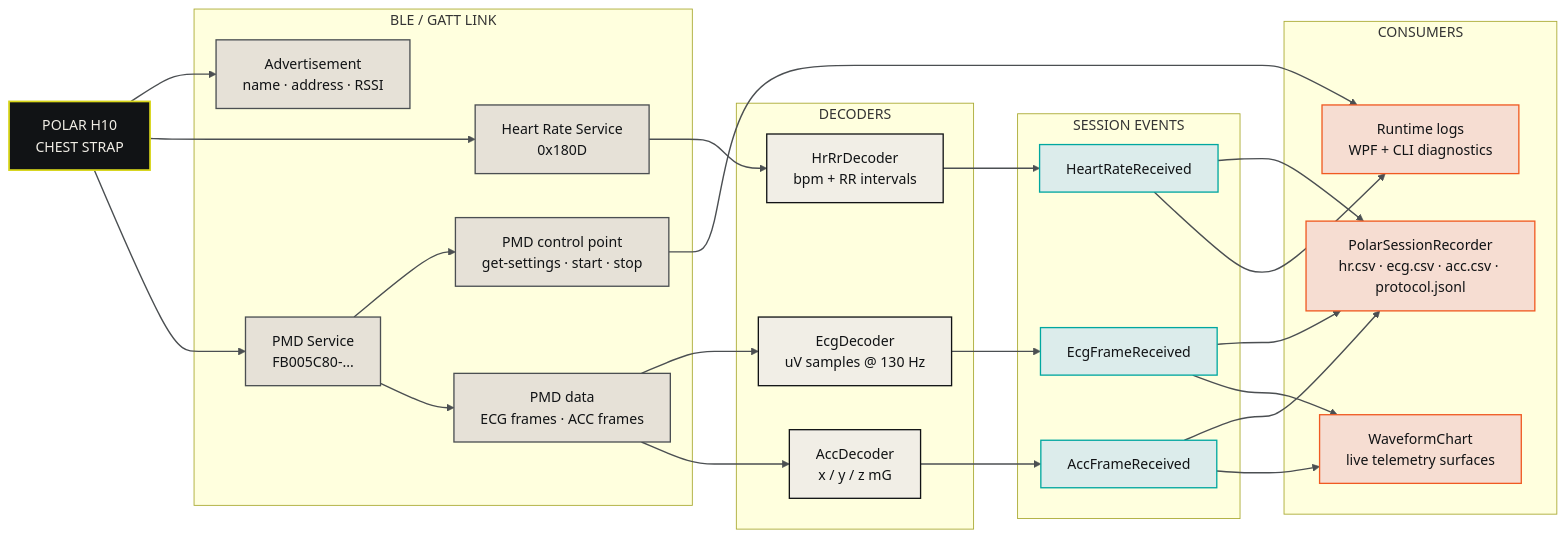
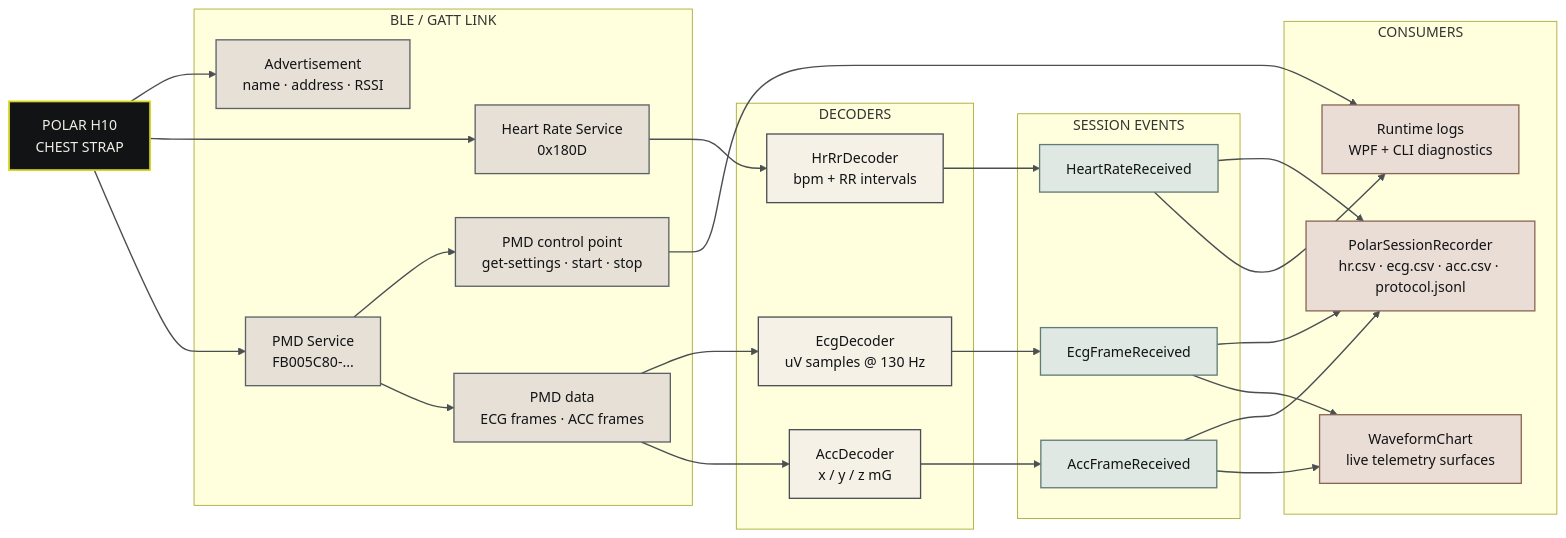
Before and after one commit to MesmerPrism/PolarH10: the third of 3 diagrams in README.md, drawn with Mermaid. The commit also changed other lines of this file and 11 other files, not shown here.

Commit message:
Soften Mermaid palette and viewer backgrounds

````diff
--- a/README.md
+++ b/README.md
@@ -172,60 +174,60 @@
 ```mermaid
 flowchart LR
     H10["POLAR H10<br/>CHEST STRAP"]
 
     subgraph Link["BLE / GATT LINK"]
         ADV["Advertisement<br/>name · address · RSSI"]
         HRS["Heart Rate Service<br/>0x180D"]
         PMD["PMD Service<br/>FB005C80-..."]
         CTRL["PMD control point<br/>get-settings · start · stop"]
         DATA["PMD data<br/>ECG frames · ACC frames"]
     end
 
     subgraph Decode["DECODERS"]
         DHR["HrRrDecoder<br/>bpm + RR intervals"]
         DECG["EcgDecoder<br/>uV samples @ 130 Hz"]
         DACC["AccDecoder<br/>x / y / z mG"]
     end
 
     subgraph Session["SESSION EVENTS"]
         SHR["HeartRateReceived"]
         SECG["EcgFrameReceived"]
         SACC["AccFrameReceived"]
     end
 
     subgraph Output["CONSUMERS"]
         REC["PolarSessionRecorder<br/>hr.csv · ecg.csv · acc.csv · protocol.jsonl"]
         CHART["WaveformChart<br/>live telemetry surfaces"]
         LOG["Runtime logs<br/>WPF + CLI diagnostics"]
     end
 
     H10 --> ADV
     H10 --> HRS
     H10 --> PMD
     PMD --> CTRL
     PMD --> DATA
 
     HRS --> DHR --> SHR
     DATA --> DECG --> SECG
     DATA --> DACC --> SACC
 
     SHR --> REC
     SECG --> REC
     SACC --> REC
     SHR --> LOG
     SECG --> CHART
     SACC --> CHART
     CTRL --> LOG
 
     classDef hardware fill:#111315,stroke:#D8D61A,color:#F1EEE6,stroke-width:2px;
-    classDef link fill:#E6E1D7,stroke:#4B4F52,color:#111315,stroke-width:1.5px;
-    classDef decode fill:#F1EEE6,stroke:#111315,color:#111315,stroke-width:1.5px;
-    classDef session fill:#DCECEB,stroke:#00A7A0,color:#111315,stroke-width:1.5px;
-    classDef output fill:#F6DDD2,stroke:#F05A22,color:#111315,stroke-width:1.5px;
+    classDef link fill:#E7E0D6,stroke:#5B6266,color:#111315,stroke-width:1.5px;
+    classDef decode fill:#F6F1E7,stroke:#4B4F52,color:#111315,stroke-width:1.5px;
+    classDef session fill:#E0E8E4,stroke:#607C78,color:#111315,stroke-width:1.5px;
+    classDef output fill:#EADDD5,stroke:#8B6656,color:#111315,stroke-width:1.5px;
     class H10 hardware;
     class ADV,HRS,PMD,CTRL,DATA link;
     class DHR,DECG,DACC decode;
     class SHR,SECG,SACC session;
     class REC,CHART,LOG output;
     linkStyle default stroke:#4B4F52,stroke-width:1.6px;
 ```
````
